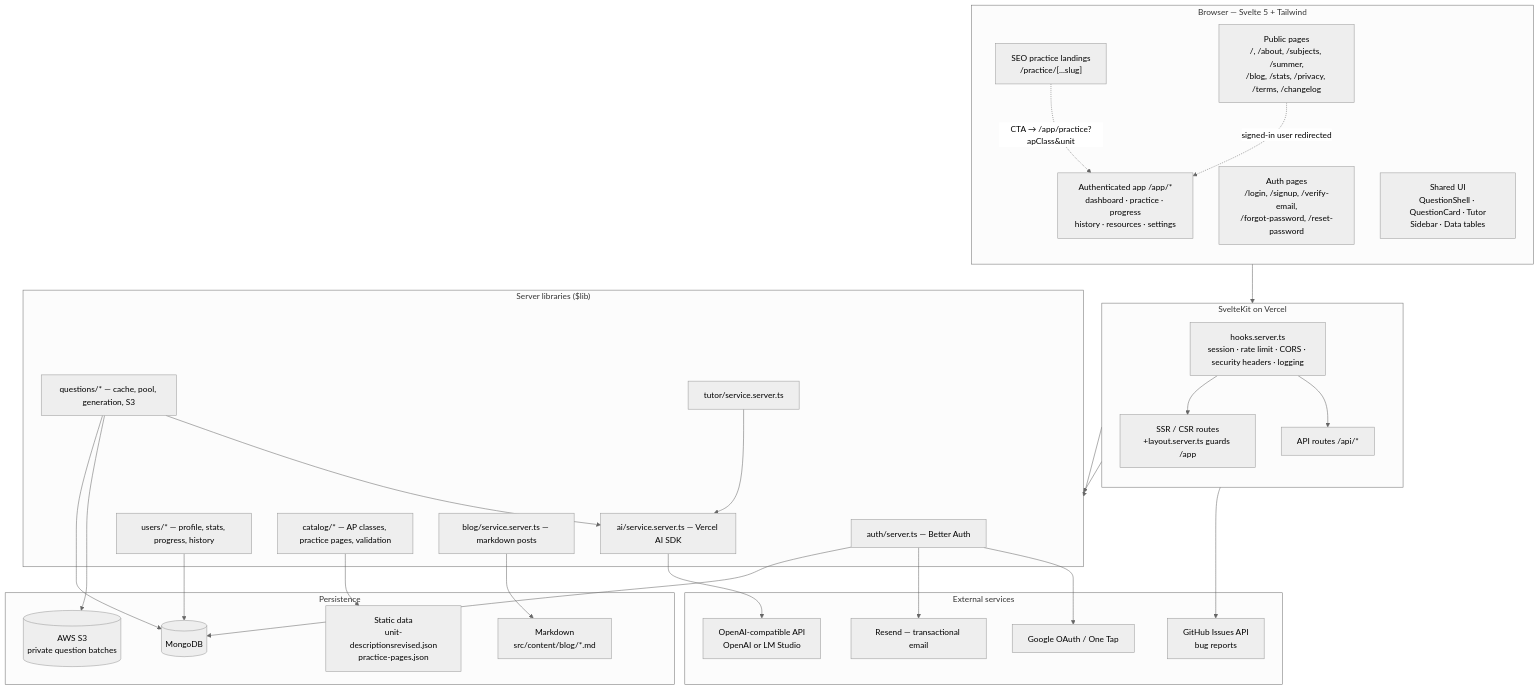
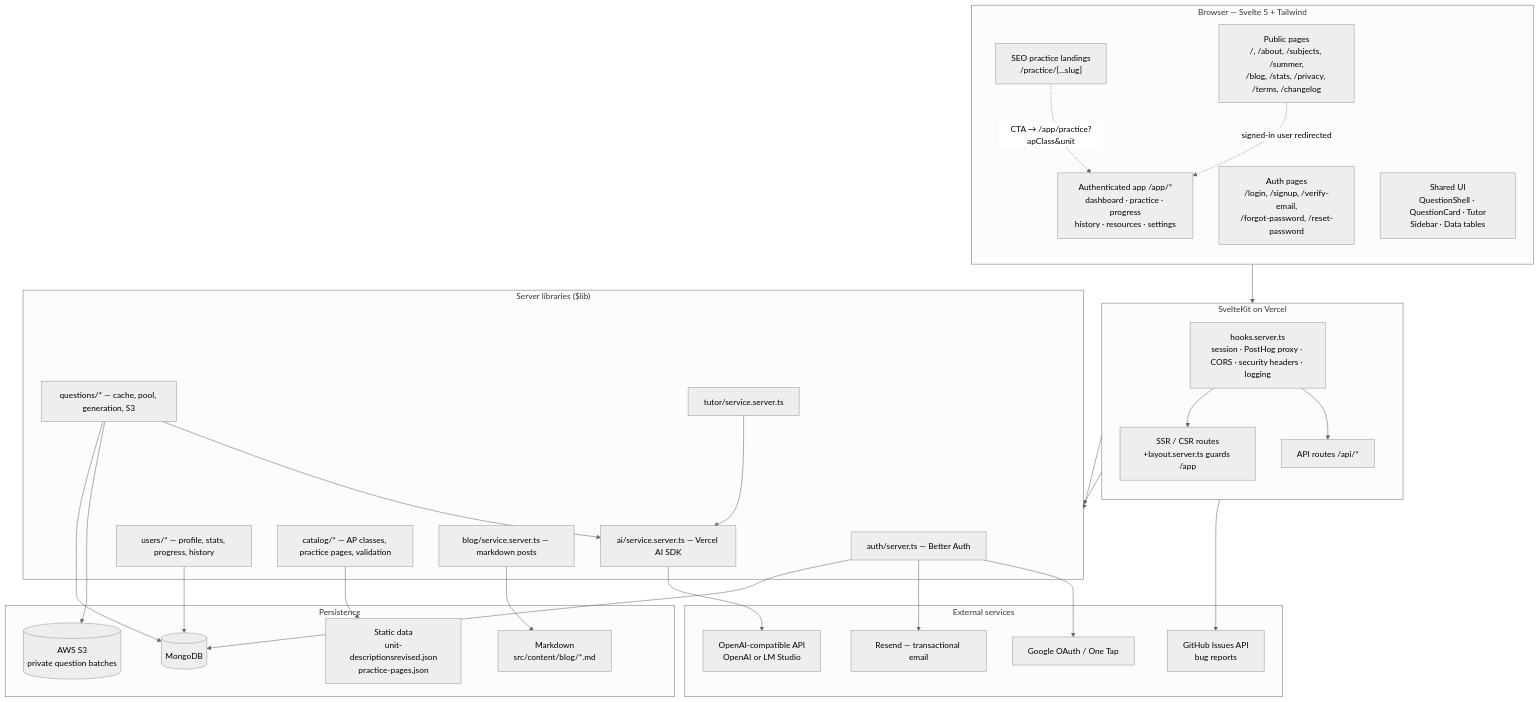
The first of 7 diagrams in docs/architecture.md (5cisummai/freeappractice), drawn with Mermaid (neutral theme) before and after one commit. The commit also changed other lines of this file and 13 other files, not shown here.

````diff
--- a/docs/architecture.md
+++ b/docs/architecture.md
@@ -9,64 +9,64 @@
 ```mermaid
 flowchart TB
     subgraph Client["Browser — Svelte 5 + Tailwind"]
         direction TB
         PubUI["Public pages<br/>/, /about, /subjects, /summer,<br/>/blog, /stats, /privacy, /terms, /changelog"]
         AuthUI["Auth pages<br/>/login, /signup, /verify-email,<br/>/forgot-password, /reset-password"]
         PracticeSEO["SEO practice landings<br/>/practice/[...slug]"]
         AppUI["Authenticated app /app/*<br/>dashboard · practice · progress<br/>history · resources · settings"]
         Components["Shared UI<br/>QuestionShell · QuestionCard · Tutor<br/>Sidebar · Data tables"]
     end
 
     subgraph Vercel["SvelteKit on Vercel"]
         direction TB
-        Hooks["hooks.server.ts<br/>session · rate limit · CORS · security headers · logging"]
+        Hooks["hooks.server.ts<br/>session · PostHog proxy · CORS · security headers · logging"]
         Pages["SSR / CSR routes<br/>+layout.server.ts guards /app"]
         API["API routes /api/*"]
     end
 
     subgraph Lib["Server libraries ($lib)"]
         AuthLib["auth/server.ts — Better Auth"]
         QGen["questions/* — cache, pool, generation, S3"]
         AI["ai/service.server.ts — Vercel AI SDK"]
         TutorLib["tutor/service.server.ts"]
         UsersLib["users/* — profile, stats, progress, history"]
         Catalog["catalog/* — AP classes, practice pages, validation"]
         BlogLib["blog/service.server.ts — markdown posts"]
     end
 
     subgraph Data["Persistence"]
         MongoDB[("MongoDB")]
         S3[("AWS S3<br/>private question batches")]
         StaticJSON["Static data<br/>unit-descriptionsrevised.json<br/>practice-pages.json"]
         BlogMD["Markdown<br/>src/content/blog/*.md"]
     end
 
     subgraph External["External services"]
         OpenAI["OpenAI-compatible API<br/>OpenAI or LM Studio"]
         Resend["Resend — transactional email"]
         Google["Google OAuth / One Tap"]
         GitHub["GitHub Issues API<br/>bug reports"]
     end
 
     Client --> Hooks
     Hooks --> Pages
     Hooks --> API
     Pages --> Lib
     API --> Lib
 
     AuthLib --> MongoDB
     AuthLib --> Resend
     AuthLib --> Google
     UsersLib --> MongoDB
     QGen --> MongoDB
     QGen --> S3
     QGen --> AI
     AI --> OpenAI
     TutorLib --> AI
     Catalog --> StaticJSON
     BlogLib --> BlogMD
     API --> GitHub
 
     PracticeSEO -.->|"CTA → /app/practice?apClass&unit"| AppUI
     PubUI -.->|"signed-in user redirected"| AppUI
 ```
````
